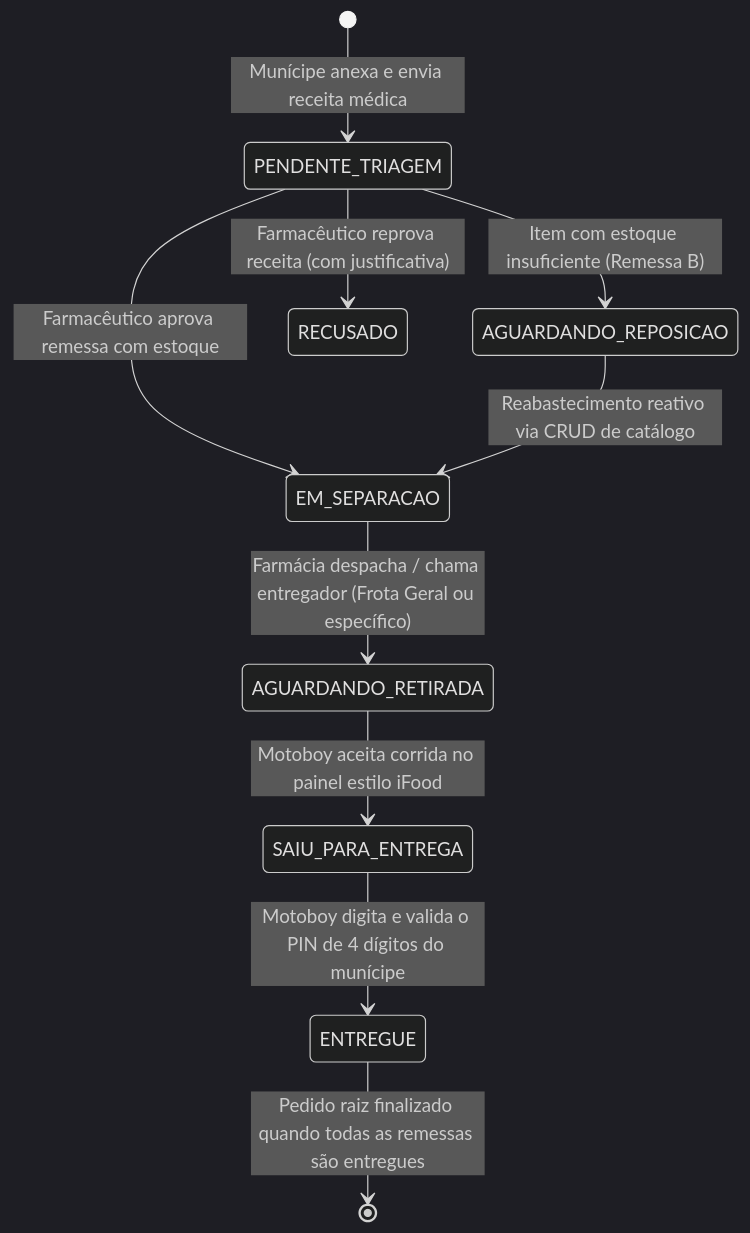
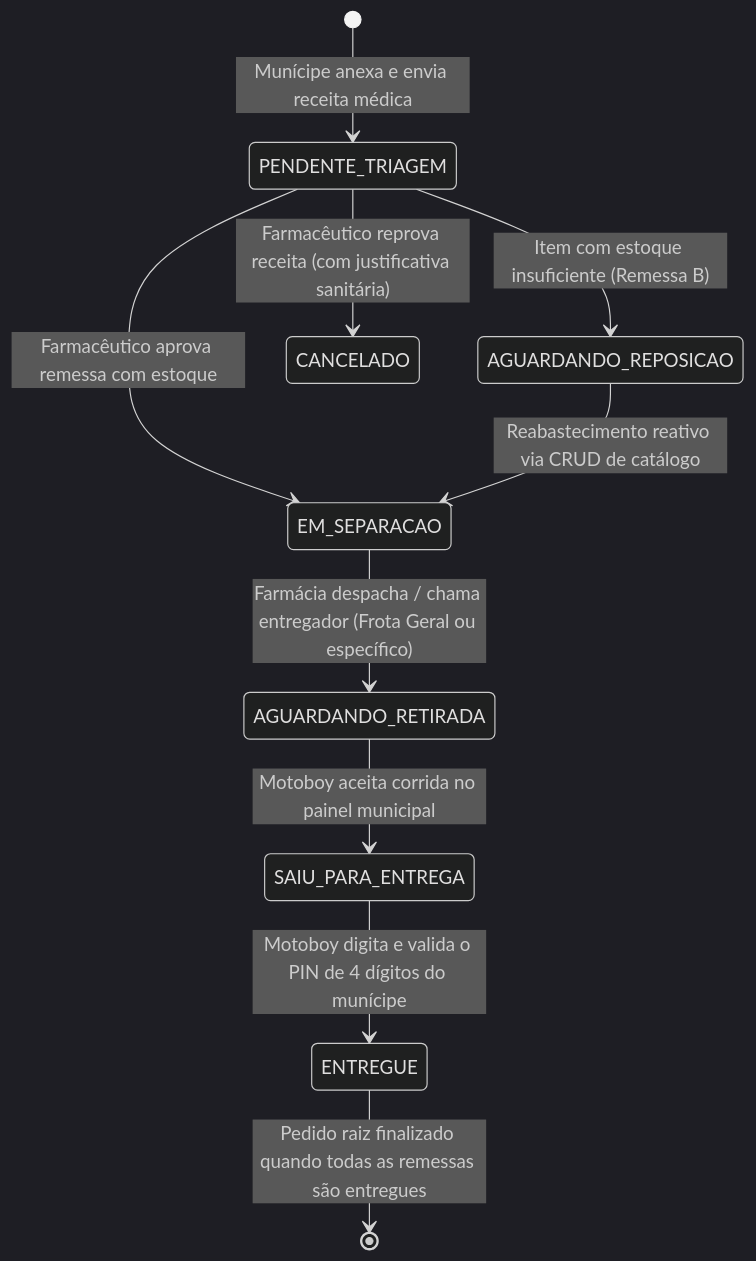
One commit to thibastos0/minha_farmacia changed the diagram in .spec/02_data_models_and_split.md. Above: the diagram before and after it, drawn with Mermaid (dark theme). The commit also changed other lines of this file and 7 other files, not shown here.

````diff
--- a/.spec/02_data_models_and_split.md
+++ b/.spec/02_data_models_and_split.md
@@ -225,15 +260,15 @@
 ```mermaid
 stateDiagram-v2
     [*] --> PENDENTE_TRIAGEM: Munícipe anexa e envia receita médica
     PENDENTE_TRIAGEM --> EM_SEPARACAO: Farmacêutico aprova remessa com estoque
     PENDENTE_TRIAGEM --> AGUARDANDO_REPOSICAO: Item com estoque insuficiente (Remessa B)
-    PENDENTE_TRIAGEM --> RECUSADO: Farmacêutico reprova receita (com justificativa)
+    PENDENTE_TRIAGEM --> CANCELADO: Farmacêutico reprova receita (com justificativa sanitária)
 
     AGUARDANDO_REPOSICAO --> EM_SEPARACAO: Reabastecimento reativo via CRUD de catálogo
     
     EM_SEPARACAO --> AGUARDANDO_RETIRADA: Farmácia despacha / chama entregador (Frota Geral ou específico)
-    AGUARDANDO_RETIRADA --> SAIU_PARA_ENTREGA: Motoboy aceita corrida no painel estilo iFood
+    AGUARDANDO_RETIRADA --> SAIU_PARA_ENTREGA: Motoboy aceita corrida no painel municipal
     SAIU_PARA_ENTREGA --> ENTREGUE: Motoboy digita e valida o PIN de 4 dígitos do munícipe
     
     ENTREGUE --> [*]: Pedido raiz finalizado quando todas as remessas são entregues
 ```
````
